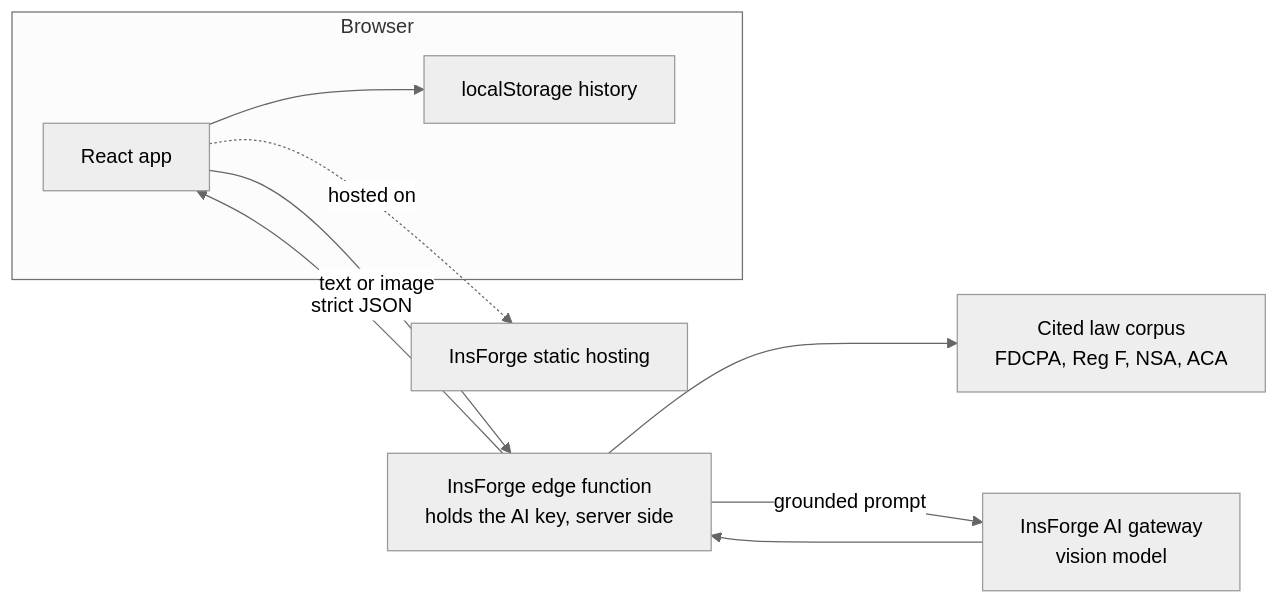
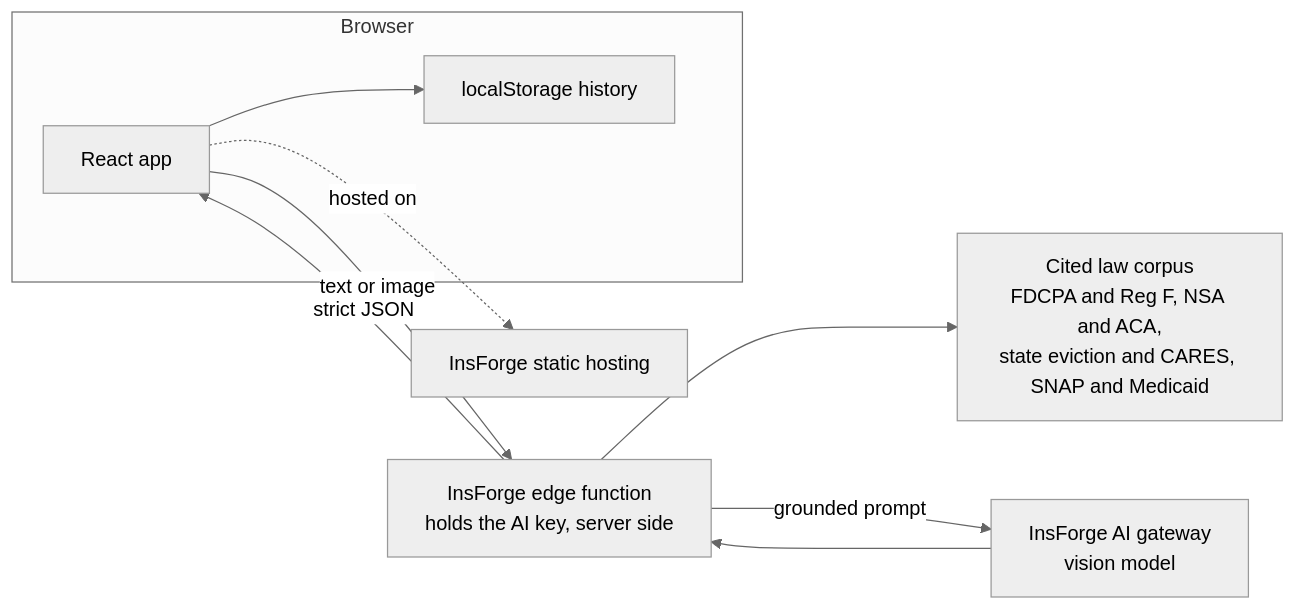
One commit to s-k-28/decoded changed the second of 4 diagrams in README.md. Above: the diagram before and after it, drawn with Mermaid (neutral theme). The commit also changed other lines of this file, not shown here.

````diff
--- a/README.md
+++ b/README.md
@@ -35,12 +44,12 @@
 ```mermaid
 flowchart LR
     subgraph Browser
       U["React app"] --> H["localStorage history"]
     end
     U -->|"text or image"| F["InsForge edge function<br/>holds the AI key, server side"]
-    F --> K["Cited law corpus<br/>FDCPA, Reg F, NSA, ACA"]
+    F --> K["Cited law corpus<br/>FDCPA and Reg F, NSA and ACA,<br/>state eviction and CARES, SNAP and Medicaid"]
     F -->|"grounded prompt"| G["InsForge AI gateway<br/>vision model"]
     G --> F
     F -->|"strict JSON"| U
     U -. "hosted on" .-> S["InsForge static hosting"]
 ```
````
